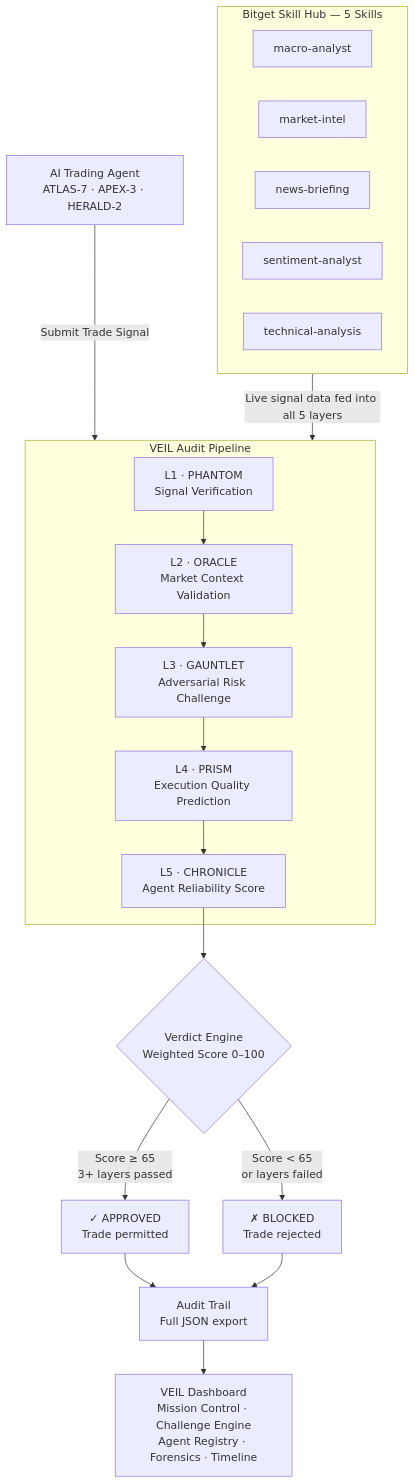
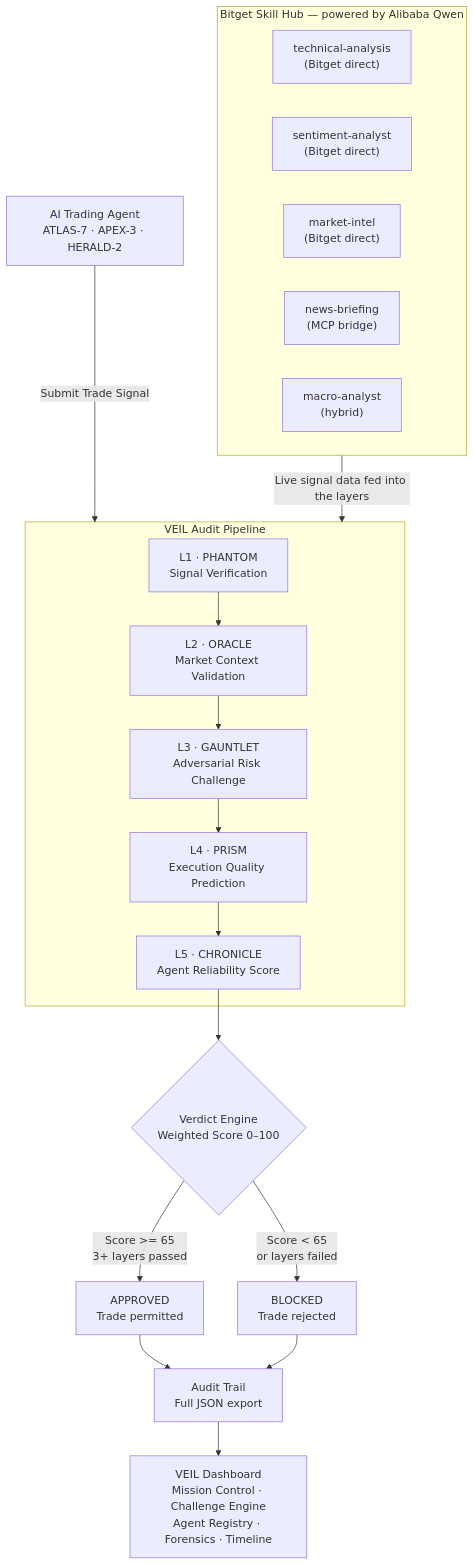
The first of 2 diagrams in README.md (0xkinno/veil), drawn with Mermaid before and after one commit. The commit also changed other lines of this file and 19 other files, not shown here.

````diff
--- a/README.md
+++ b/README.md
@@ -48,29 +67,29 @@
 ```mermaid
 flowchart TD
     A["AI Trading Agent\nATLAS-7 · APEX-3 · HERALD-2"] -->|"Submit Trade Signal"| VEIL
 
     subgraph VEIL["VEIL Audit Pipeline"]
         L1["L1 · PHANTOM\nSignal Verification"] --> L2
         L2["L2 · ORACLE\nMarket Context Validation"] --> L3
         L3["L3 · GAUNTLET\nAdversarial Risk Challenge"] --> L4
         L4["L4 · PRISM\nExecution Quality Prediction"] --> L5
         L5["L5 · CHRONICLE\nAgent Reliability Score"]
     end
 
-    subgraph SKILLS["Bitget Skill Hub — 5 Skills"]
-        S1["macro-analyst"]
-        S2["market-intel"]
-        S3["news-briefing"]
-        S4["sentiment-analyst"]
-        S5["technical-analysis"]
+    subgraph SKILLS["Bitget Skill Hub — powered by Alibaba Qwen"]
+        S1["technical-analysis\n(Bitget direct)"]
+        S2["sentiment-analyst\n(Bitget direct)"]
+        S3["market-intel\n(Bitget direct)"]
+        S4["news-briefing\n(MCP bridge)"]
+        S5["macro-analyst\n(hybrid)"]
     end
 
-    SKILLS -->|"Live signal data fed into all 5 layers"| VEIL
+    SKILLS -->|"Live signal data fed into the layers"| VEIL
 
     L5 --> V{"Verdict Engine\nWeighted Score 0–100"}
-    V -->|"Score ≥ 65\n3+ layers passed"| APP["✓ APPROVED\nTrade permitted"]
-    V -->|"Score < 65\nor layers failed"| BLK["✗ BLOCKED\nTrade rejected"]
+    V -->|"Score >= 65\n3+ layers passed"| APP["APPROVED\nTrade permitted"]
+    V -->|"Score < 65\nor layers failed"| BLK["BLOCKED\nTrade rejected"]
     APP --> LOG["Audit Trail\nFull JSON export"]
     BLK --> LOG
     LOG --> FE["VEIL Dashboard\nMission Control · Challenge Engine\nAgent Registry · Forensics · Timeline"]
 ```
````
